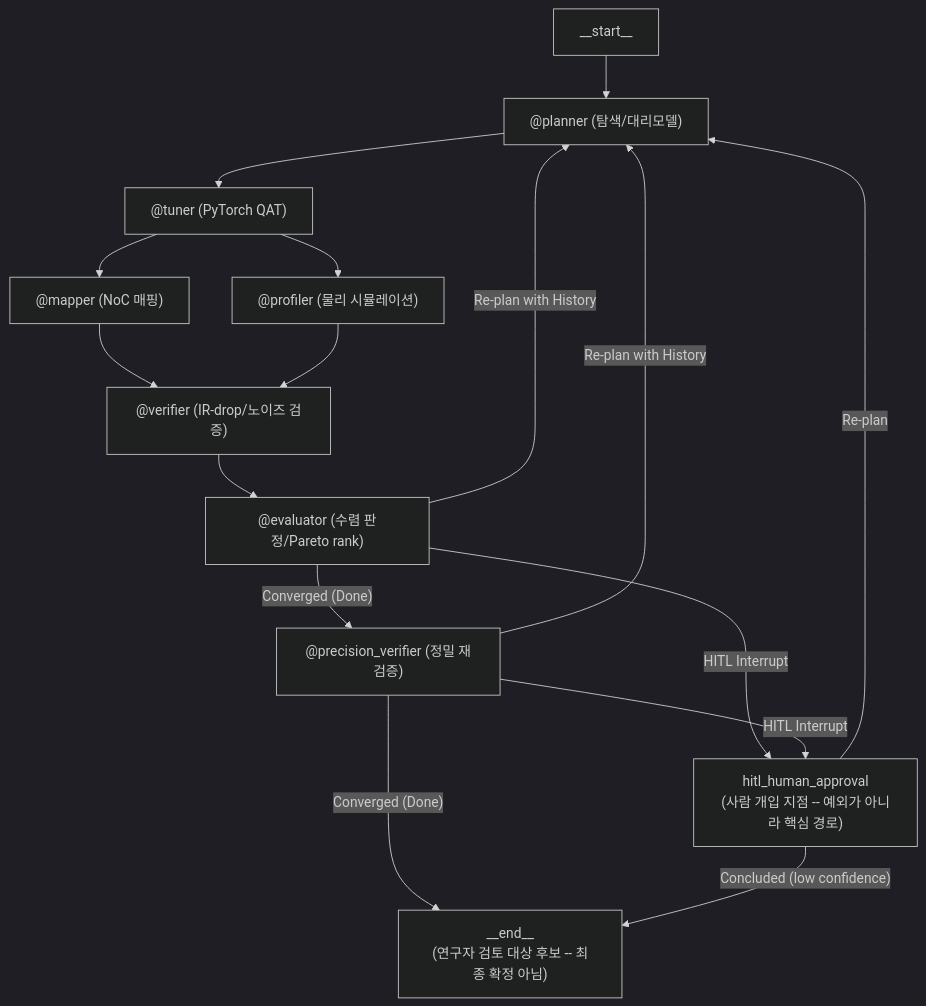
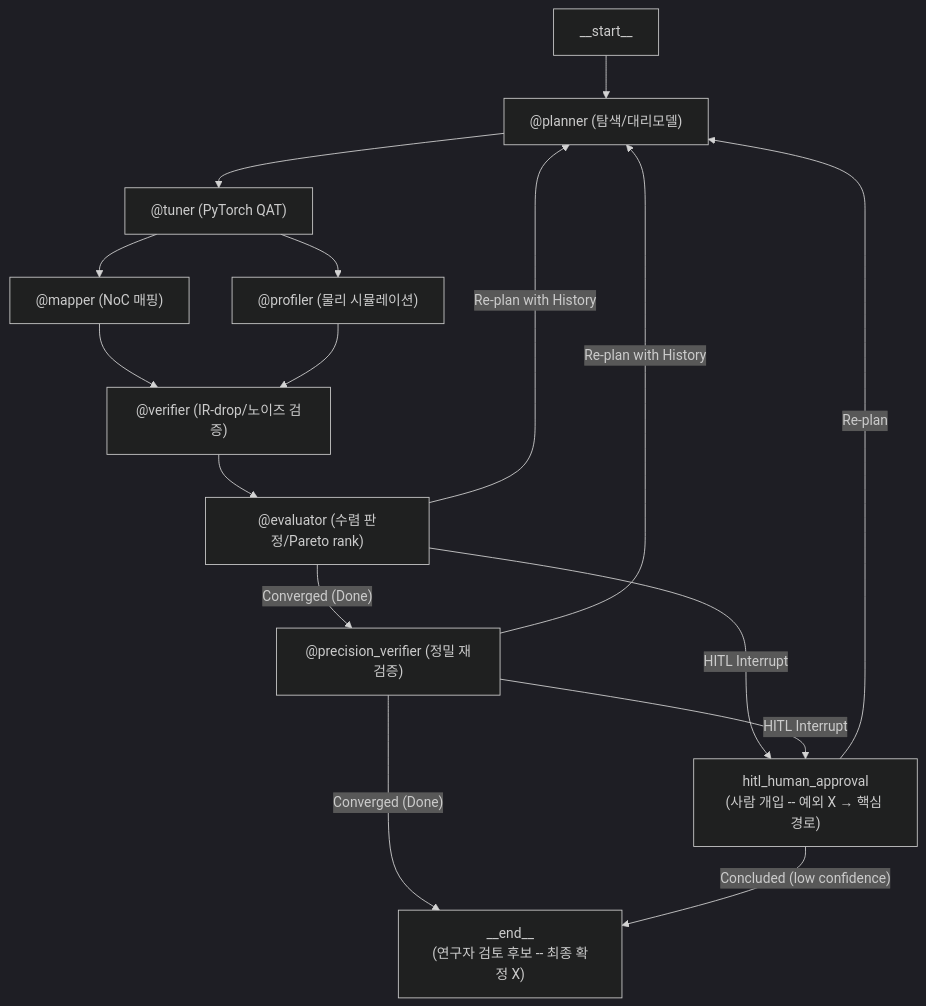
Before and after one commit to ong-labs/tessellate: the diagram in README.md, drawn with Mermaid (dark theme). The commit also changed other lines of this file, not shown here.

````diff
--- a/README.md
+++ b/README.md
@@ -11,24 +11,24 @@
 ```mermaid
 graph TD
     START[__start__] --> planner["@planner (탐색/대리모델)"]
     planner --> tuner["@tuner (PyTorch QAT)"]
 
     tuner --> mapper["@mapper (NoC 매핑)"]
     tuner --> profiler["@profiler (물리 시뮬레이션)"]
 
     mapper --> verifier["@verifier (IR-drop/노이즈 검증)"]
     profiler --> verifier
 
     verifier --> evaluator["@evaluator (수렴 판정/Pareto rank)"]
 
     evaluator -- "Re-plan with History" --> planner
-    evaluator -- "HITL Interrupt" --> hitl["hitl_human_approval<br/>(사람 개입 지점 -- 예외가 아니라 핵심 경로)"]
+    evaluator -- "HITL Interrupt" --> hitl["hitl_human_approval<br/>(사람 개입 -- 예외 X → 핵심 경로)"]
     evaluator -- "Converged (Done)" --> precision["@precision_verifier (정밀 재검증)"]
 
     precision -- "Re-plan with History" --> planner
     precision -- "HITL Interrupt" --> hitl
-    precision -- "Converged (Done)" --> END["__end__<br/>(연구자 검토 대상 후보 -- 최종 확정 아님)"]
+    precision -- "Converged (Done)" --> END["__end__<br/>(연구자 검토 후보 -- 최종 확정 X)"]
 
     hitl -- "Re-plan" --> planner
     hitl -- "Concluded (low confidence)" --> END
 ```
````
